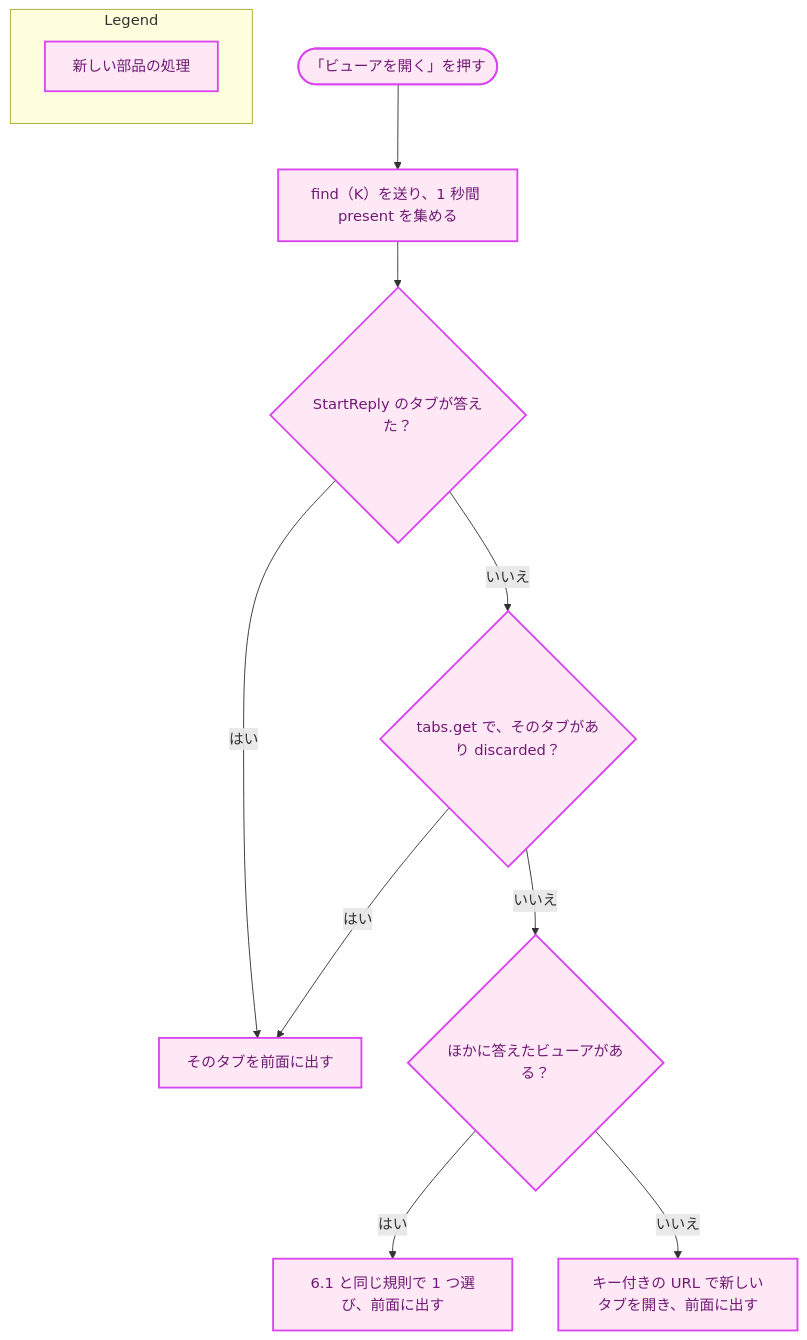
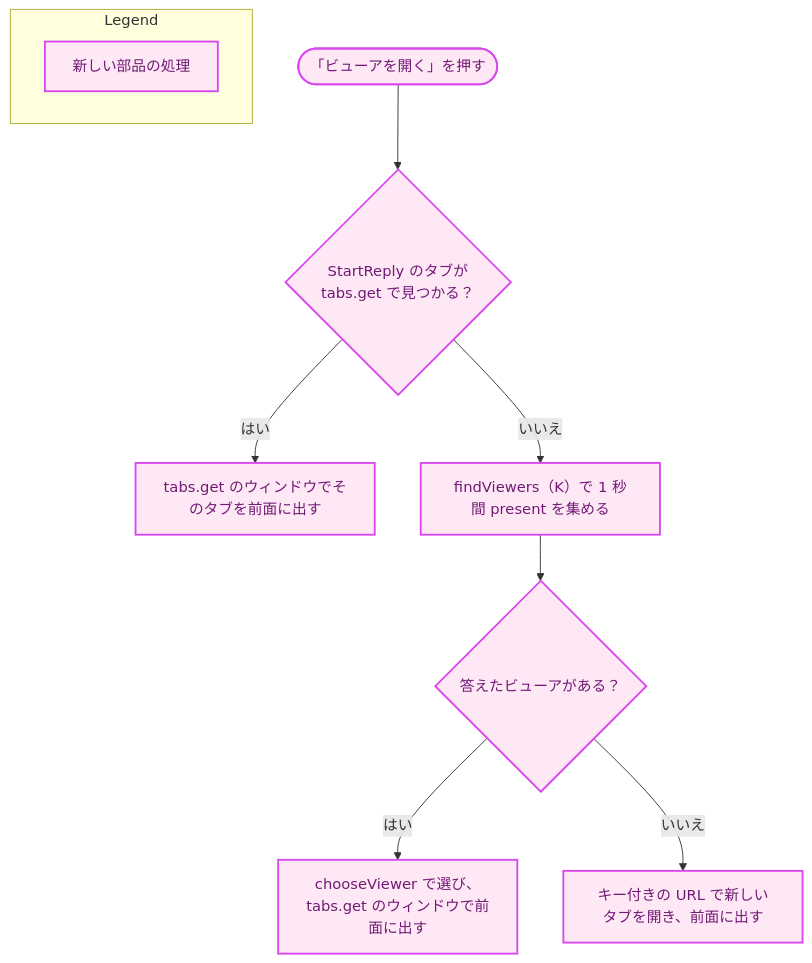
Before and after one commit to isseis/yt2column: diagram 11 of 11 in docs/tasks/0050_viewer_tab/02_architecture.md, drawn with Mermaid. The commit also changed other lines of this file, not shown here.

First line of the commit message:
docs(0050): address the architecture review and polish the Japanese

````diff
--- a/docs/tasks/0050_viewer_tab/02_architecture.md
+++ b/docs/tasks/0050_viewer_tab/02_architecture.md
@@ -1178,20 +1711,18 @@
 ```mermaid
 flowchart TD
     classDef newpkg fill:#ffe8f5,stroke:#d946ef,stroke-width:2px,color:#701a75;
 
-    A(["「ビューアを開く」を押す"]) --> B["find（K）を送り、1 秒間 present を集める"]
-    B --> C{"StartReply のタブが答えた？"}
-    C -->|"はい"| F["そのタブを前面に出す"]
-    C -->|"いいえ"| D{"tabs.get で、そのタブがあり discarded？"}
-    D -->|"はい"| F
-    D -->|"いいえ"| E{"ほかに答えたビューアがある？"}
-    E -->|"はい"| G["6.1 と同じ規則で 1 つ選び、前面に出す"]
-    E -->|"いいえ"| H["キー付きの URL で新しいタブを開き、前面に出す"]
+    A(["「ビューアを開く」を押す"]) --> B{"StartReply のタブが<br>tabs.get で見つかる？"}
+    B -->|"はい"| F["tabs.get のウィンドウでそのタブを前面に出す"]
+    B -->|"いいえ"| C["findViewers（K）で 1 秒間 present を集める"]
+    C --> D{"答えたビューアがある？"}
+    D -->|"はい"| G["chooseViewer で選び、tabs.get のウィンドウで前面に出す"]
+    D -->|"いいえ"| H["キー付きの URL で新しいタブを開き、前面に出す"]
 
-    class A,B,C,D,E,F,G,H newpkg
+    class A,B,C,D,F,G,H newpkg
 
     subgraph Legend["Legend"]
         L1["新しい部品の処理"]
     end
     class L1 newpkg
 ```
````
